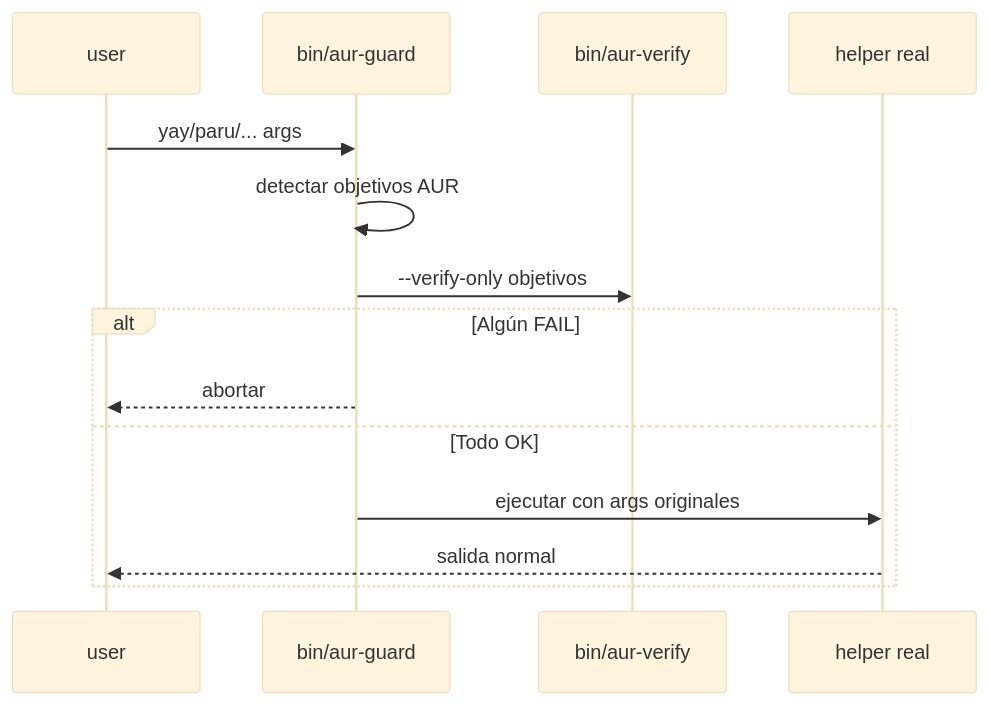
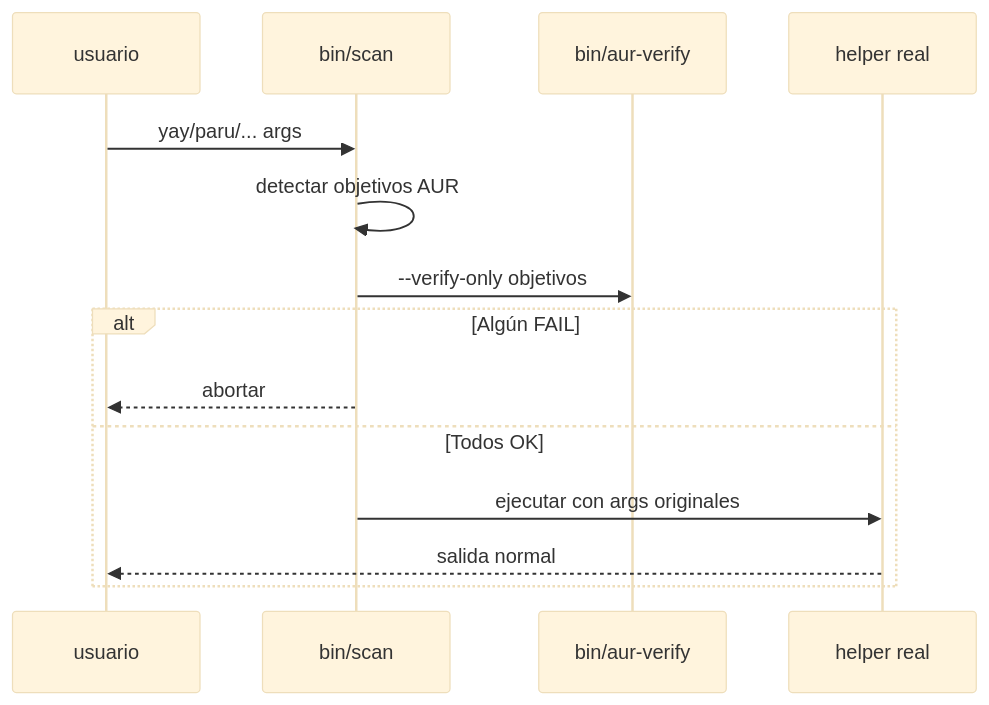
One commit to LuigiD5555/aur_scanner changed the sixth of 15 diagrams in docs/developer/README.dev.es.md. Above: the diagram before and after it, drawn with Mermaid (base theme). The commit also changed other lines of this file and 1 other file, not shown here.

Commit message:
Expand developer docs with scan wrapper and shim workflow

````diff
--- a/docs/developer/README.dev.es.md
+++ b/docs/developer/README.dev.es.md
@@ -277,16 +278,16 @@
 ```mermaid
 sequenceDiagram
-    participant Usuario as user
-    participant Guard as bin/aur-guard
+    participant User as usuario
+    participant Guard as bin/scan
     participant Verify as bin/aur-verify
     participant Helper as helper real
-    Usuario->>Guard: yay/paru/... args
+    User->>Guard: yay/paru/... args
     Guard->>Guard: detectar objetivos AUR
     Guard->>Verify: --verify-only objetivos
     alt Algún FAIL
-        Guard-->>Usuario: abortar
-    else Todo OK
+        Guard-->>User: abortar
+    else Todos OK
         Guard->>Helper: ejecutar con args originales
-        Helper-->>Usuario: salida normal
+        Helper-->>User: salida normal
     end
 ```
````
